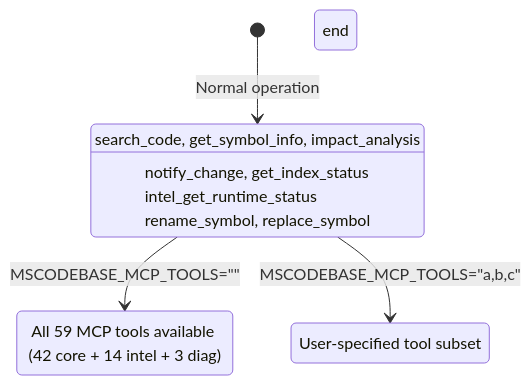
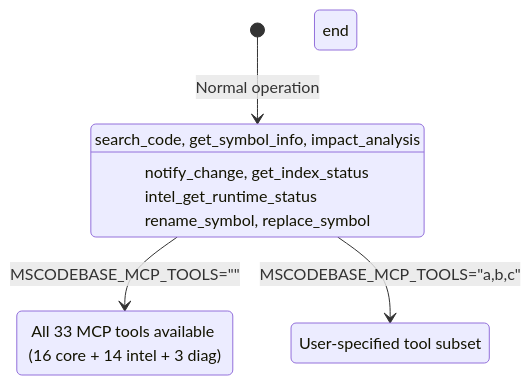
One commit to ManSio/mscodebase-intelligence changed the third of 4 diagrams in docs/en/GRACEFUL_DEGRADATION.md. Above: the diagram before and after it, drawn with Mermaid. The commit also changed 7 other files, not shown here.

First line of the commit message:
docs: fix arithmetic in tool count references (16 core + 14 intel + 3 diag = 33)

````diff
--- a/docs/en/GRACEFUL_DEGRADATION.md
+++ b/docs/en/GRACEFUL_DEGRADATION.md
@@ -84,22 +84,22 @@
 ```mermaid
 stateDiagram-v2
     [*] --> DEFAULT_TOOLS: Normal operation
 
     state DEFAULT_TOOLS[Visible: 12 tools]
         DEFAULT_TOOLS: search_code, get_symbol_info, impact_analysis
         DEFAULT_TOOLS: notify_change, get_index_status
         DEFAULT_TOOLS: intel_get_runtime_status
         DEFAULT_TOOLS: rename_symbol, replace_symbol
     end
 
     DEFAULT_TOOLS --> ALL_TOOLS: MSCODEBASE_MCP_TOOLS=""
     DEFAULT_TOOLS --> CUSTOM_TOOLS: MSCODEBASE_MCP_TOOLS="a,b,c"
 
     state ALL_TOOLS[Visible: 33 tools]
-        ALL_TOOLS: All 59 MCP tools available (42 core + 14 intel + 3 diag)
+        ALL_TOOLS: All 33 MCP tools available (16 core + 14 intel + 3 diag)
     end
 
     state CUSTOM_TOOLS[Custom selection]
         CUSTOM_TOOLS: User-specified tool subset
     end
 ```
````
